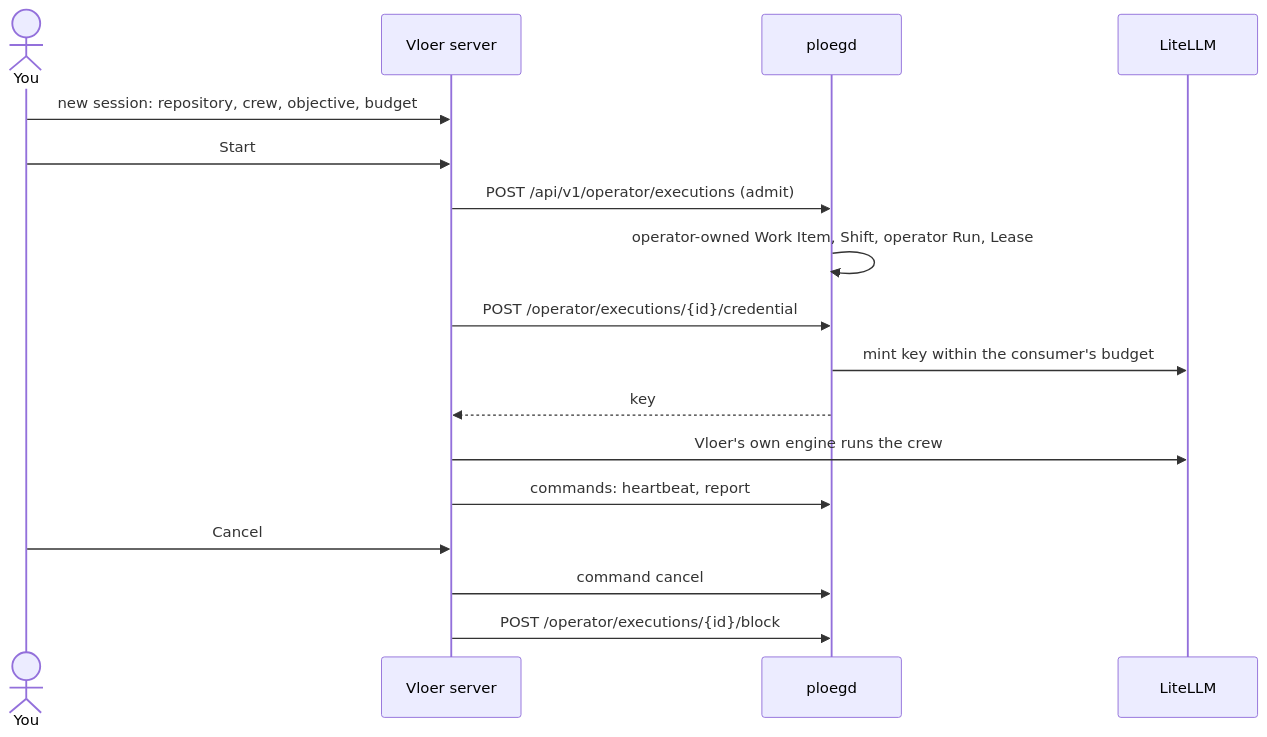
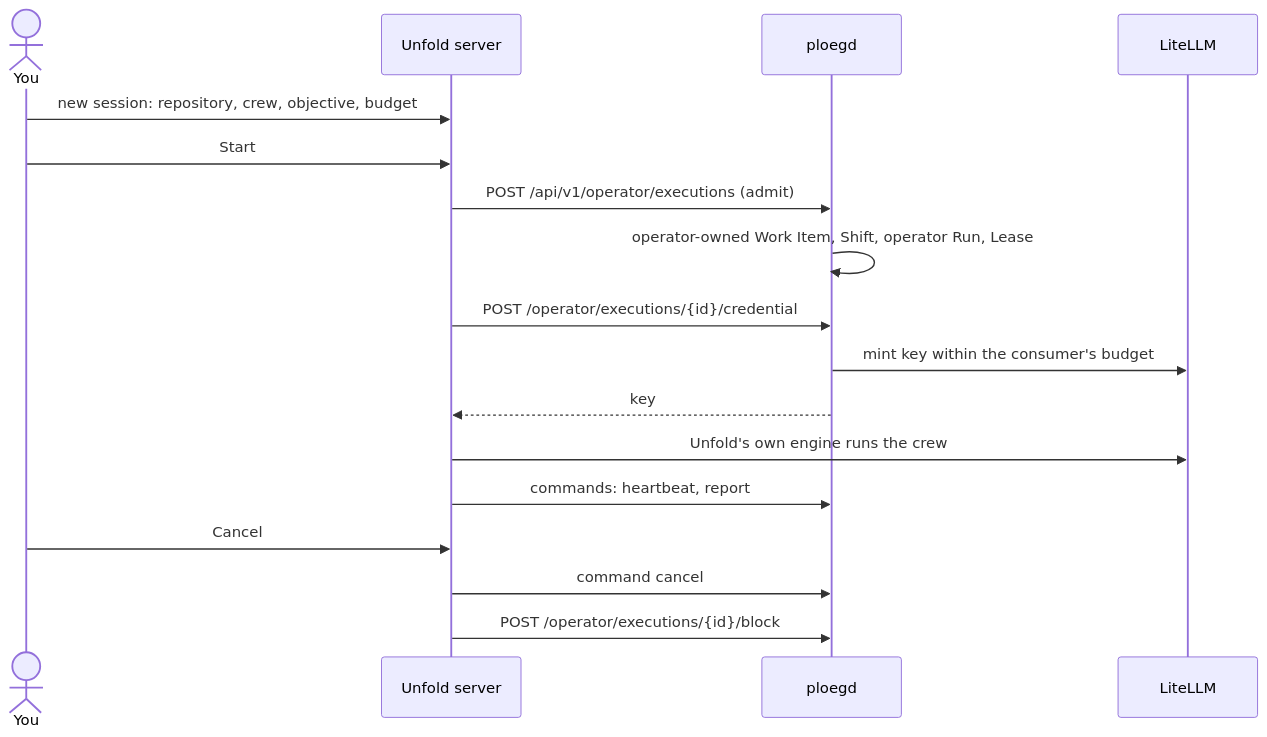
Before and after one commit to webgrip/unfold: the third of 5 diagrams in docs/concepts/journeys.md, drawn with Mermaid. The commit also changed other lines of this file and 1136 other files, not shown here.

````diff
--- a/docs/concepts/journeys.md
+++ b/docs/concepts/journeys.md
@@ -104,19 +104,19 @@
 ```mermaid
 sequenceDiagram
     actor You
-    participant VS as Vloer server
+    participant VS as Unfold server
     participant P as ploegd
     participant LL as LiteLLM
     You->>VS: new session: repository, crew, objective, budget
     You->>VS: Start
     VS->>P: POST /api/v1/operator/executions (admit)
     P->>P: operator-owned Work Item, Shift, operator Run, Lease
     VS->>P: POST /operator/executions/{id}/credential
     P->>LL: mint key within the consumer's budget
     P-->>VS: key
-    VS->>LL: Vloer's own engine runs the crew
+    VS->>LL: Unfold's own engine runs the crew
     VS->>P: commands: heartbeat, report
     You->>VS: Cancel
     VS->>P: command cancel
     VS->>P: POST /operator/executions/{id}/block
 ```
````
